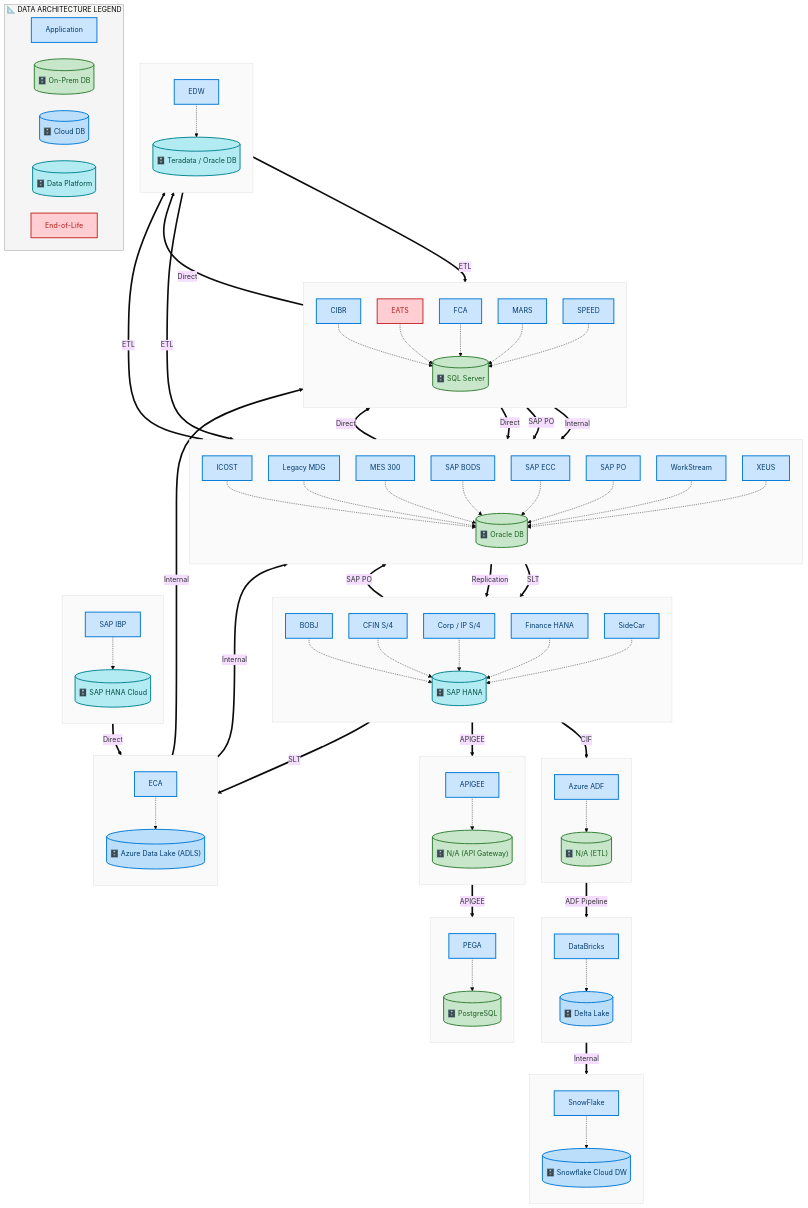
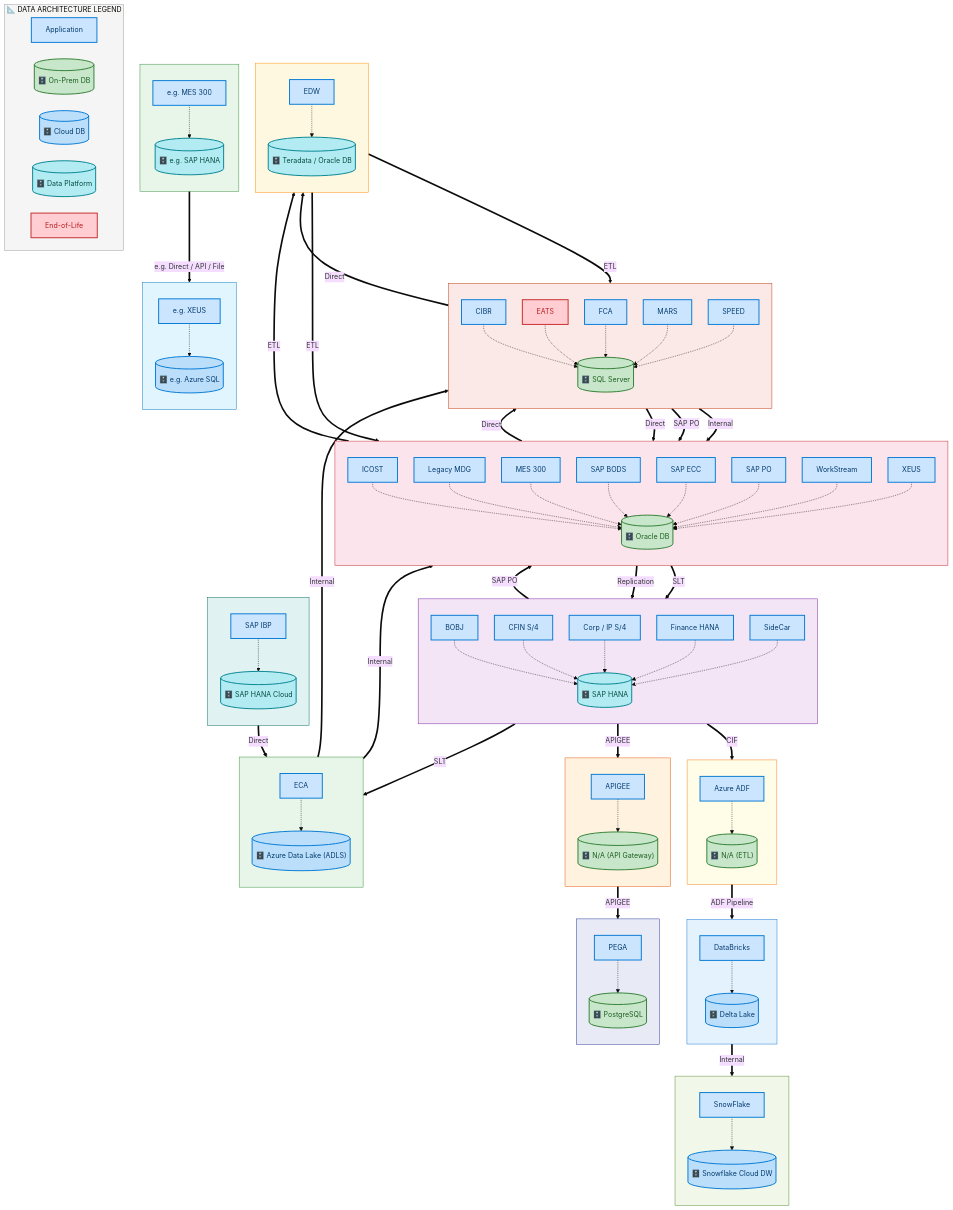
Before and after one commit to sajivfrancis777/IAO-Architecture: the second of 6 diagrams in towers/FPR/output/docs/summaries/L0-FPR-Summary.md, drawn with Mermaid. The commit also changed other lines of this file and 394 other files, not shown here.

First line of the commit message:
feat: structured layer ordering for Mermaid architecture diagrams

```diff
--- a/towers/FPR/output/docs/summaries/L0-FPR-Summary.md
+++ b/towers/FPR/output/docs/summaries/L0-FPR-Summary.md
@@ -261,7 +266,7 @@
         SCDD_Azure_Data_Lake_ADLS[("🗄️ Azure Data Lake (ADLS)")]:::dbCloud
         SCDA_ECA -.-> SCDD_Azure_Data_Lake_ADLS
     end
-    style SCDCL_Azure_Data_Lake_ADLS fill:#FAFAFA,stroke:#E0E0E0,stroke-width:1px
+    style SCDCL_Azure_Data_Lake_ADLS fill:#E8F5E9,stroke:#388E3C,stroke-width:1px
 
     subgraph SCDCL_Delta_Lake[" "]
         direction TB
@@ -269,7 +274,7 @@
         SCDD_Delta_Lake[("🗄️ Delta Lake")]:::dbCloud
         SCDA_DataBricks -.-> SCDD_Delta_Lake
     end
-    style SCDCL_Delta_Lake fill:#FAFAFA,stroke:#E0E0E0,stroke-width:1px
+    style SCDCL_Delta_Lake fill:#E3F2FD,stroke:#1976D2,stroke-width:1px
 
     subgraph SCDCL_N_A_API_Gateway[" "]
         direction TB
@@ -277,7 +282,7 @@
         SCDD_N_A_API_Gateway[("🗄️ N/A (API Gateway)")]:::dbCyl
         SCDA_APIGEE -.-> SCDD_N_A_API_Gateway
     end
-    style SCDCL_N_A_API_Gateway fill:#FAFAFA,stroke:#E0E0E0,stroke-width:1px
+    style SCDCL_N_A_API_Gateway fill:#FFF3E0,stroke:#E65100,stroke-width:1px
 
     subgraph SCDCL_N_A_ETL[" "]
         direction TB
@@ -285,7 +290,7 @@
         SCDD_N_A_ETL[("🗄️ N/A (ETL)")]:::dbCyl
         SCDA_Azure_ADF -.-> SCDD_N_A_ETL
     end
-    style SCDCL_N_A_ETL fill:#FAFAFA,stroke:#E0E0E0,stroke-width:1px
+    style SCDCL_N_A_ETL fill:#FFFDE7,stroke:#F57F17,stroke-width:1px
 
     subgraph SCDCL_Oracle_DB[" "]
         direction TB
@@ -307,7 +312,7 @@
         SCDA_WorkStream -.-> SCDD_Oracle_DB
         SCDA_XEUS -.-> SCDD_Oracle_DB
     end
-    style SCDCL_Oracle_DB fill:#FAFAFA,stroke:#E0E0E0,stroke-width:1px
+    style SCDCL_Oracle_DB fill:#FCE4EC,stroke:#C62828,stroke-width:1px
 
     subgraph SCDCL_PostgreSQL[" "]
         direction TB
@@ -315,7 +320,7 @@
         SCDD_PostgreSQL[("🗄️ PostgreSQL")]:::dbCyl
         SCDA_PEGA -.-> SCDD_PostgreSQL
     end
-    style SCDCL_PostgreSQL fill:#FAFAFA,stroke:#E0E0E0,stroke-width:1px
+    style SCDCL_PostgreSQL fill:#E8EAF6,stroke:#283593,stroke-width:1px
 
     subgraph SCDCL_SAP_HANA[" "]
         direction TB
@@ -331,7 +336,7 @@
         SCDA_Finance_HANA -.-> SCDD_SAP_HANA
         SCDA_SideCar -.-> SCDD_SAP_HANA
     end
-    style SCDCL_SAP_HANA fill:#FAFAFA,stroke:#E0E0E0,stroke-width:1px
+    style SCDCL_SAP_HANA fill:#F3E5F5,stroke:#7B1FA2,stroke-width:1px
 
     subgraph SCDCL_SAP_HANA_Cloud[" "]
         direction TB
@@ -339,7 +344,7 @@
         SCDD_SAP_HANA_Cloud[("🗄️ SAP HANA Cloud")]:::dbData
         SCDA_SAP_IBP -.-> SCDD_SAP_HANA_Cloud
     end
-    style SCDCL_SAP_HANA_Cloud fill:#FAFAFA,stroke:#E0E0E0,stroke-width:1px
+    style SCDCL_SAP_HANA_Cloud fill:#E0F2F1,stroke:#00695C,stroke-width:1px
 
     subgraph SCDCL_SQL_Server[" "]
         direction TB
@@ -355,7 +360,7 @@
         SCDA_MARS -.-> SCDD_SQL_Server
         SCDA_SPEED -.-> SCDD_SQL_Server
     end
-    style SCDCL_SQL_Server fill:#FAFAFA,stroke:#E0E0E0,stroke-width:1px
+    style SCDCL_SQL_Server fill:#FBE9E7,stroke:#BF360C,stroke-width:1px
 
     subgraph SCDCL_Snowflake_Cloud_DW[" "]
         direction TB
@@ -363,7 +368,7 @@
         SCDD_Snowflake_Cloud_DW[("🗄️ Snowflake Cloud DW")]:::dbCloud
         SCDA_SnowFlake -.-> SCDD_Snowflake_Cloud_DW
     end
-    style SCDCL_Snowflake_Cloud_DW fill:#FAFAFA,stroke:#E0E0E0,stroke-width:1px
+    style SCDCL_Snowflake_Cloud_DW fill:#F1F8E9,stroke:#558B2F,stroke-width:1px
 
     subgraph SCDCL_Teradata_Oracle_DB[" "]
         direction TB
@@ -371,8 +376,25 @@
         SCDD_Teradata_Oracle_DB[("🗄️ Teradata / Oracle DB")]:::dbData
         SCDA_EDW -.-> SCDD_Teradata_Oracle_DB
     end
-    style SCDCL_Teradata_Oracle_DB fill:#FAFAFA,stroke:#E0E0E0,stroke-width:1px
+    style SCDCL_Teradata_Oracle_DB fill:#FFF8E1,stroke:#FF8F00,stroke-width:1px
 
+    subgraph SCDCL_e_g_Azure_SQL[" "]
+        direction TB
+        SCDA_e_g_XEUS["e.g. XEUS"]:::appBox
+        SCDD_e_g_Azure_SQL[("🗄️ e.g. Azure SQL")]:::dbCloud
+        SCDA_e_g_XEUS -.-> SCDD_e_g_Azure_SQL
+    end
+    style SCDCL_e_g_Azure_SQL fill:#E1F5FE,stroke:#0277BD,stroke-width:1px
+
+    subgraph SCDCL_e_g_SAP_HANA[" "]
+        direction TB
+        SCDA_e_g_MES_300["e.g. MES 300"]:::appBox
+        SCDD_e_g_SAP_HANA[("🗄️ e.g. SAP HANA")]:::dbData
+        SCDA_e_g_MES_300 -.-> SCDD_e_g_SAP_HANA
+    end
+    style SCDCL_e_g_SAP_HANA fill:#E8F5E9,stroke:#388E3C,stroke-width:1px
+
+    SCDD_e_g_SAP_HANA ==>|"e.g. Direct / API / File"| SCDD_e_g_Azure_SQL
     SCDD_Oracle_DB ==>|"Direct"| SCDD_SQL_Server
     SCDD_SQL_Server ==>|"Internal"| SCDD_Oracle_DB
     SCDD_SQL_Server ==>|"SAP PO"| SCDD_Oracle_DB
```
